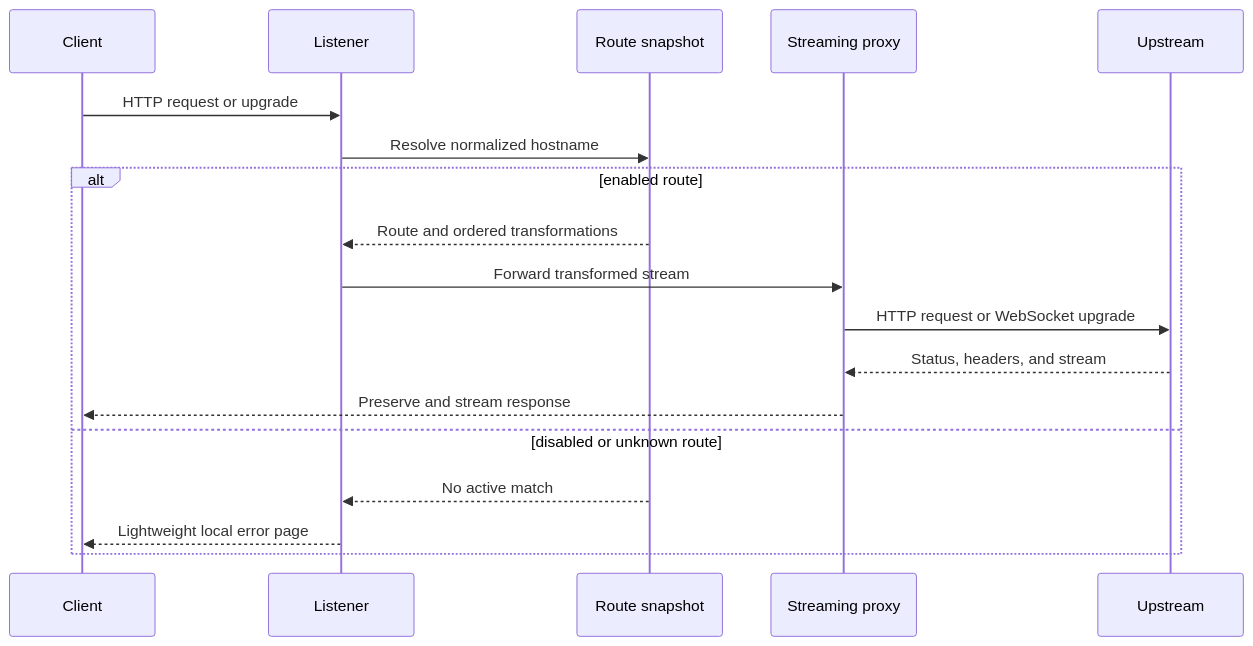
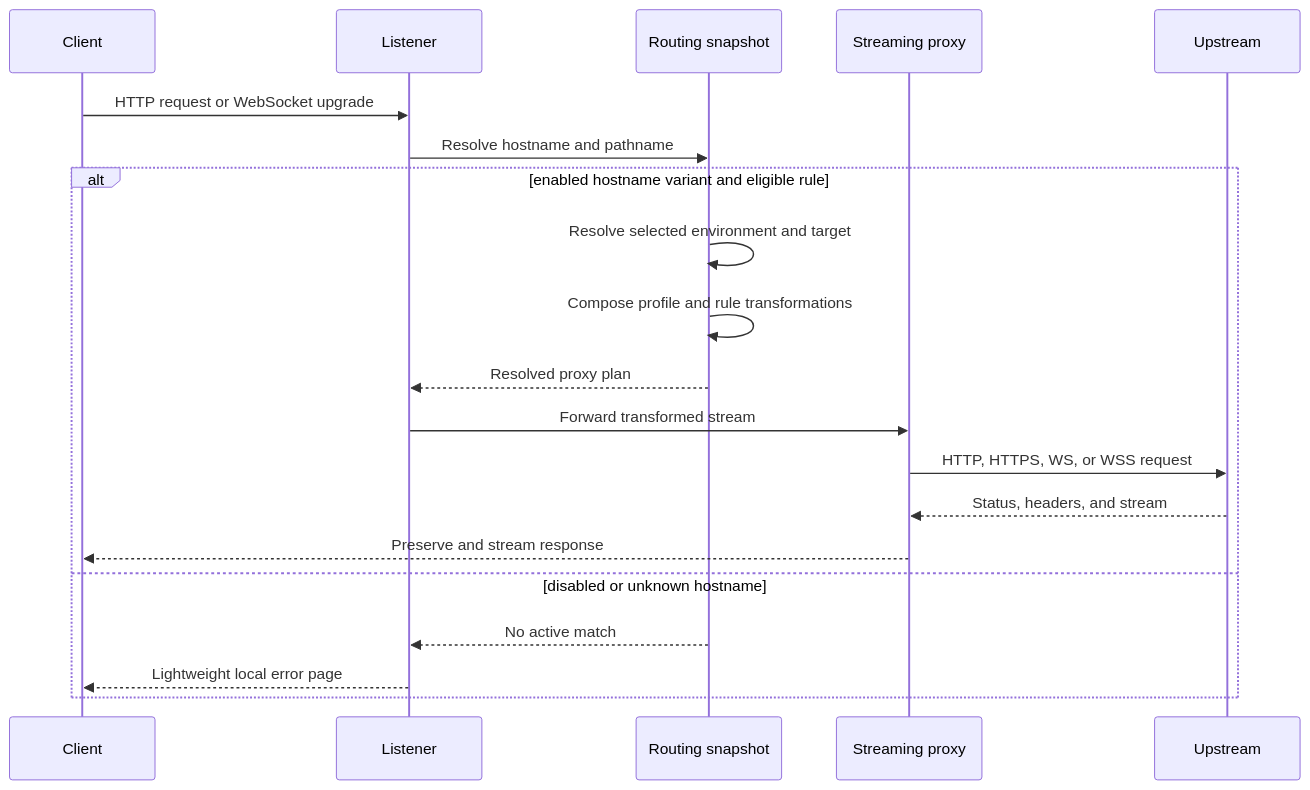
Before and after one commit to Temosh/defftra-router: the third of 3 diagrams in docs/architecture.md, drawn with Mermaid. The commit also changed other lines of this file and 10 other files, not shown here.

````diff
--- a/docs/architecture.md
+++ b/docs/architecture.md
@@ -53,21 +67,23 @@
 ```mermaid
 sequenceDiagram
     participant C as Client
     participant L as Listener
-    participant R as Route snapshot
+    participant S as Routing snapshot
     participant P as Streaming proxy
     participant U as Upstream
 
-    C->>L: HTTP request or upgrade
-    L->>R: Resolve normalized hostname
-    alt enabled route
-        R-->>L: Route and ordered transformations
+    C->>L: HTTP request or WebSocket upgrade
+    L->>S: Resolve hostname and pathname
+    alt enabled hostname variant and eligible rule
+        S->>S: Resolve selected environment and target
+        S->>S: Compose profile and rule transformations
+        S-->>L: Resolved proxy plan
         L->>P: Forward transformed stream
-        P->>U: HTTP request or WebSocket upgrade
+        P->>U: HTTP, HTTPS, WS, or WSS request
         U-->>P: Status, headers, and stream
         P-->>C: Preserve and stream response
-    else disabled or unknown route
-        R-->>L: No active match
+    else disabled or unknown hostname
+        S-->>L: No active match
         L-->>C: Lightweight local error page
     end
 ```
````
